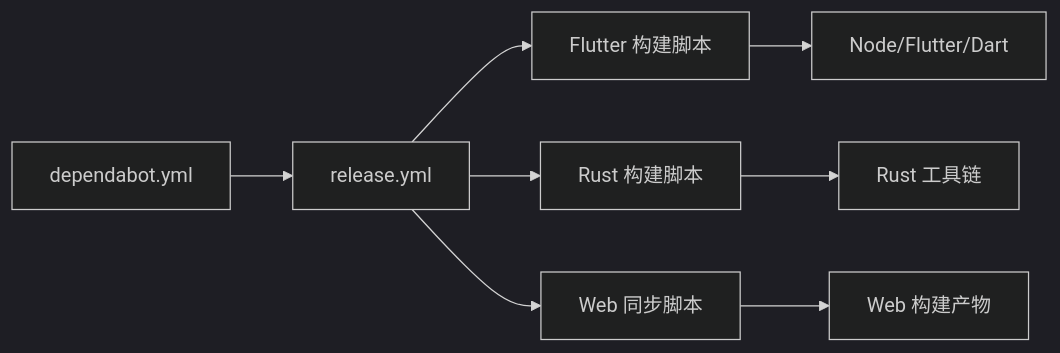
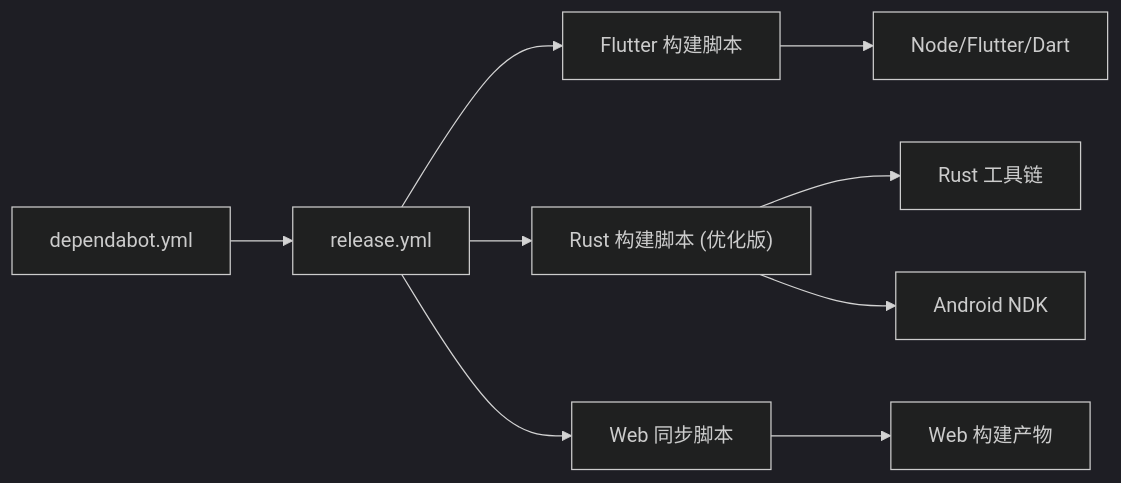
Before and after one commit to ZhangGHGitHub/LegadoTeamFlutter: the seventh of 7 diagrams in .qoder/repowiki/zh/content/构建和部署/自动化脚本.md, drawn with Mermaid (dark theme). The commit also changed other lines of this file and 173 other files, not shown here.

````diff
--- a/.qoder/repowiki/zh/content/构建和部署/自动化脚本.md
+++ b/.qoder/repowiki/zh/content/构建和部署/自动化脚本.md
@@ -272,10 +295,11 @@
 ```mermaid
 graph LR
 W["release.yml"] --> F["Flutter 构建脚本"]
-W --> R["Rust 构建脚本"]
+W --> R["Rust 构建脚本 (优化版)"]
 W --> S["Web 同步脚本"]
 D["dependabot.yml"] --> W
 F --> N["Node/Flutter/Dart"]
 R --> T["Rust 工具链"]
+R --> NDK["Android NDK"]
 S --> P["Web 构建产物"]
 ```
````
